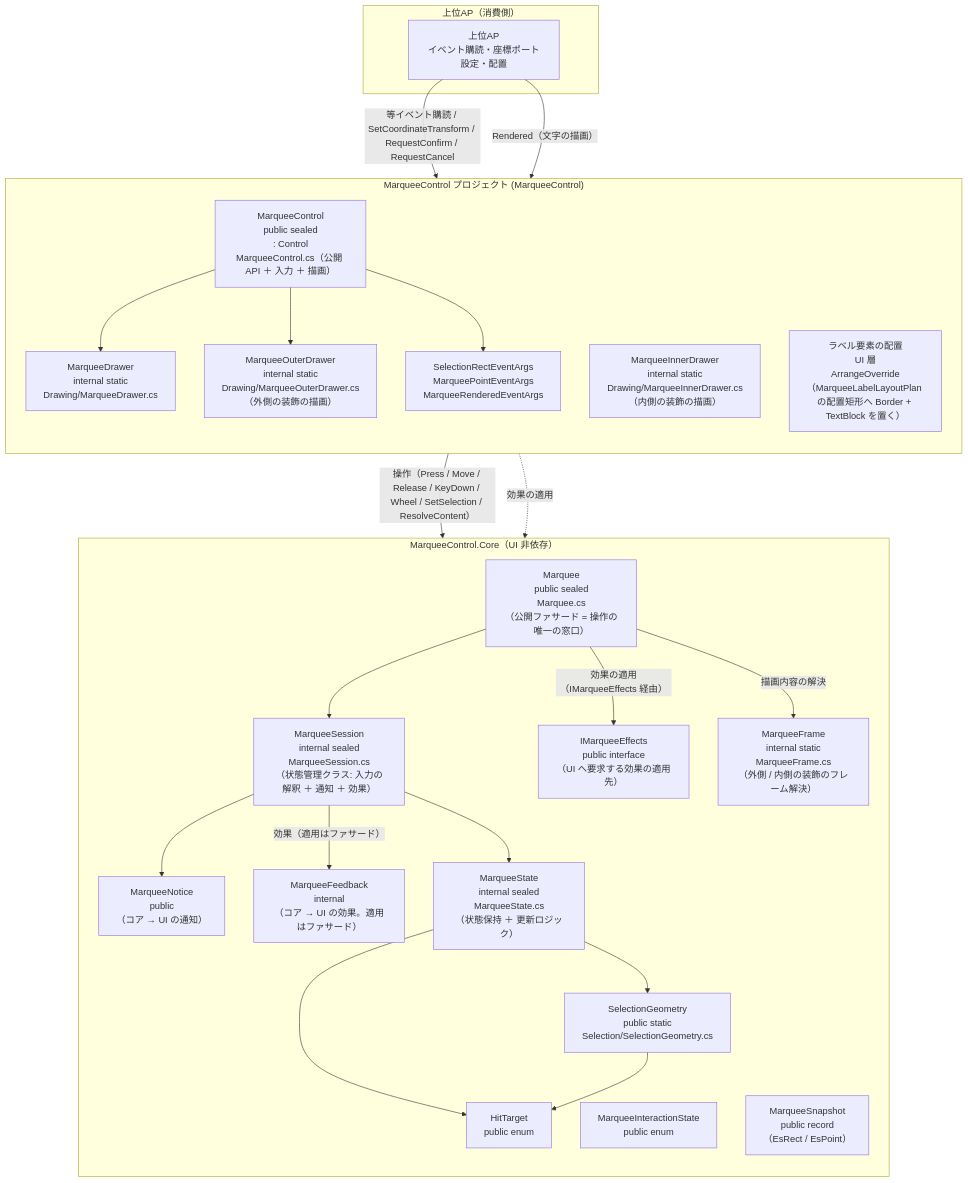
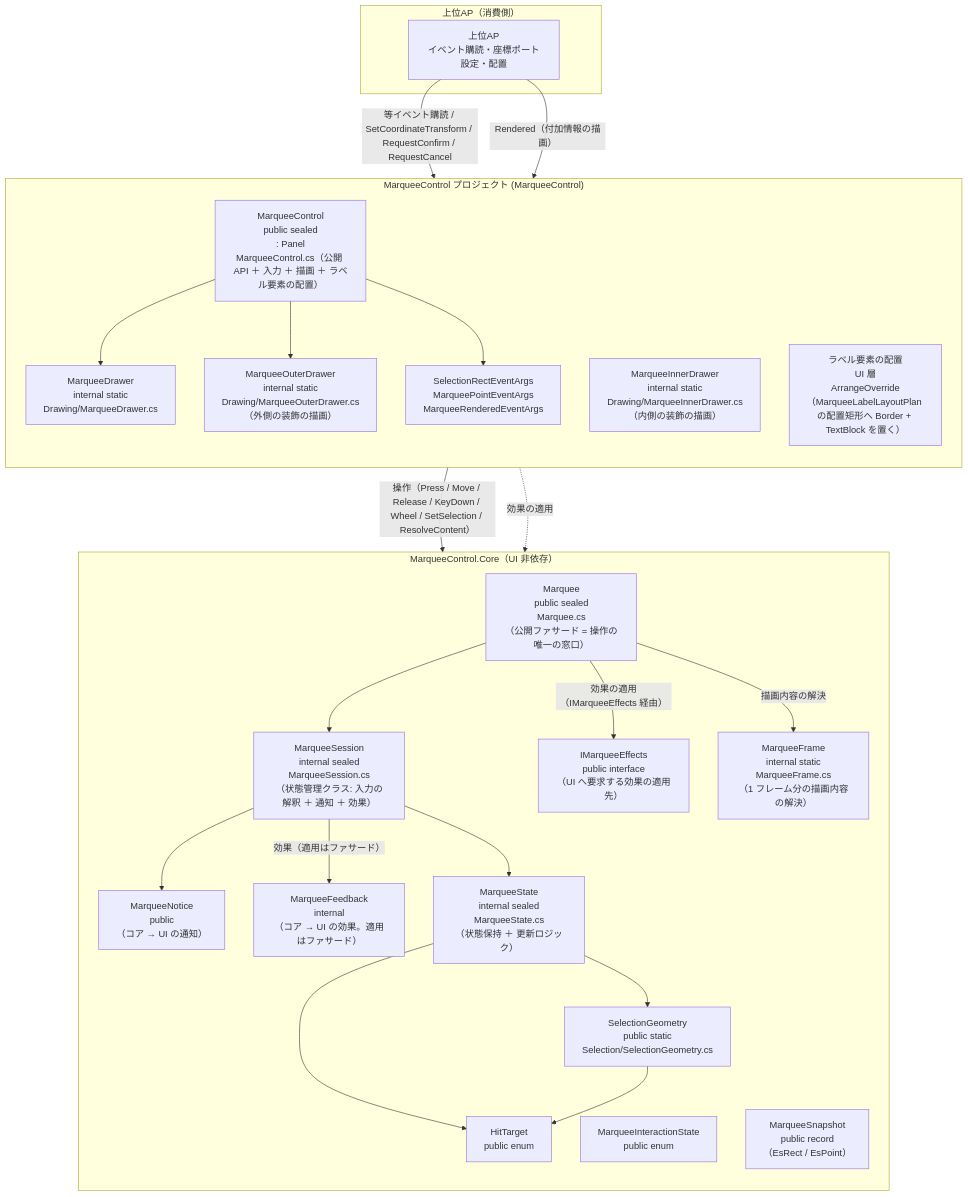
The first of 2 diagrams in src/MarqueeControl.AvaloniaUI/SPEC_System.md (tomokuni/SaveEvidence), drawn with Mermaid before and after one commit. The commit also changed other lines of this file and 89 other files, not shown here.

````diff
--- a/src/MarqueeControl.AvaloniaUI/SPEC_System.md
+++ b/src/MarqueeControl.AvaloniaUI/SPEC_System.md
@@ -98,46 +98,46 @@
 ```mermaid
 flowchart TB
     subgraph Host["上位AP（消費側）"]
         AP["上位AP<br/>イベント購読・座標ポート設定・配置"]
     end
     subgraph Core["MarqueeControl.Core（UI 非依存）"]
         direction TB
         Fac["Marquee<br/>public sealed<br/>Marquee.cs<br/>（公開ファサード = 操作の唯一の窓口）"]
         Eff["IMarqueeEffects<br/>public interface<br/>（UI へ要求する効果の適用先）"]
         Ses["MarqueeSession<br/>internal sealed<br/>MarqueeSession.cs<br/>（状態管理クラス: 入力の解釈 ＋ 通知 ＋ 効果）"]
         Ntc["MarqueeNotice<br/>public<br/>（コア → UI の通知）"]
         Fbk["MarqueeFeedback<br/>internal<br/>（コア → UI の効果。適用はファサード）"]
         Stt["MarqueeState<br/>internal sealed<br/>MarqueeState.cs<br/>（状態保持 ＋ 更新ロジック）"]
         Geo["SelectionGeometry<br/>public static<br/>Selection/SelectionGeometry.cs"]
         Hdl["HitTarget<br/>public enum"]
         Hdl2["MarqueeInteractionState<br/>public enum"]
         Hdl3["MarqueeSnapshot<br/>public record<br/>（EsRect / EsPoint）"]
-        Frm["MarqueeFrame<br/>internal static<br/>MarqueeFrame.cs<br/>（外側 / 内側の装飾のフレーム解決）"]
+        Frm["MarqueeFrame<br/>internal static<br/>MarqueeFrame.cs<br/>（1 フレーム分の描画内容の解決）"]
     end
     subgraph DRC2["MarqueeControl プロジェクト (MarqueeControl)"]
         direction TB
-        Ctl["MarqueeControl<br/>public sealed<br/>: Control<br/>MarqueeControl.cs（公開 API ＋ 入力 ＋ 描画）"]
+        Ctl["MarqueeControl<br/>public sealed<br/>: Panel<br/>MarqueeControl.cs（公開 API ＋ 入力 ＋ 描画 ＋ ラベル要素の配置）"]
         Drw["MarqueeDrawer<br/>internal static<br/>Drawing/MarqueeDrawer.cs"]
         Odr["MarqueeOuterDrawer<br/>internal static<br/>Drawing/MarqueeOuterDrawer.cs<br/>（外側の装飾の描画）"]
         Idr["MarqueeInnerDrawer<br/>internal static<br/>Drawing/MarqueeInnerDrawer.cs<br/>（内側の装飾の描画）"]
         Lbl["ラベル要素の配置<br/>UI 層<br/>ArrangeOverride<br/>（MarqueeLabelLayoutPlan の配置矩形へ Border + TextBlock を置く）"]
         Evt["SelectionRectEventArgs<br/>MarqueePointEventArgs<br/>MarqueeRenderedEventArgs"]
     end
 
     AP -->|等イベント購読 / SetCoordinateTransform / RequestConfirm / RequestCancel| Ctl
-    AP -->|Rendered（文字の描画）| Lbl
+    AP -->|Rendered（付加情報の描画）| Lbl
     Ctl -->|操作（Press / Move / Release / KeyDown / Wheel / SetSelection / ResolveContent）| Fac
     Ctl -.->|効果の適用| Eff
     Ctl --> Drw
     Ctl --> Odr
     Fac --> Ses
     Fac -->|効果の適用（IMarqueeEffects 経由）| Eff
     Fac -->|描画内容の解決| Frm
     Ctl --> Evt
     Ses --> Ntc
     Ses -->|効果（適用はファサード）| Fbk
     Ses --> Stt
     Stt --> Geo
     Stt --> Hdl
     Geo --> Hdl
 ```
````
